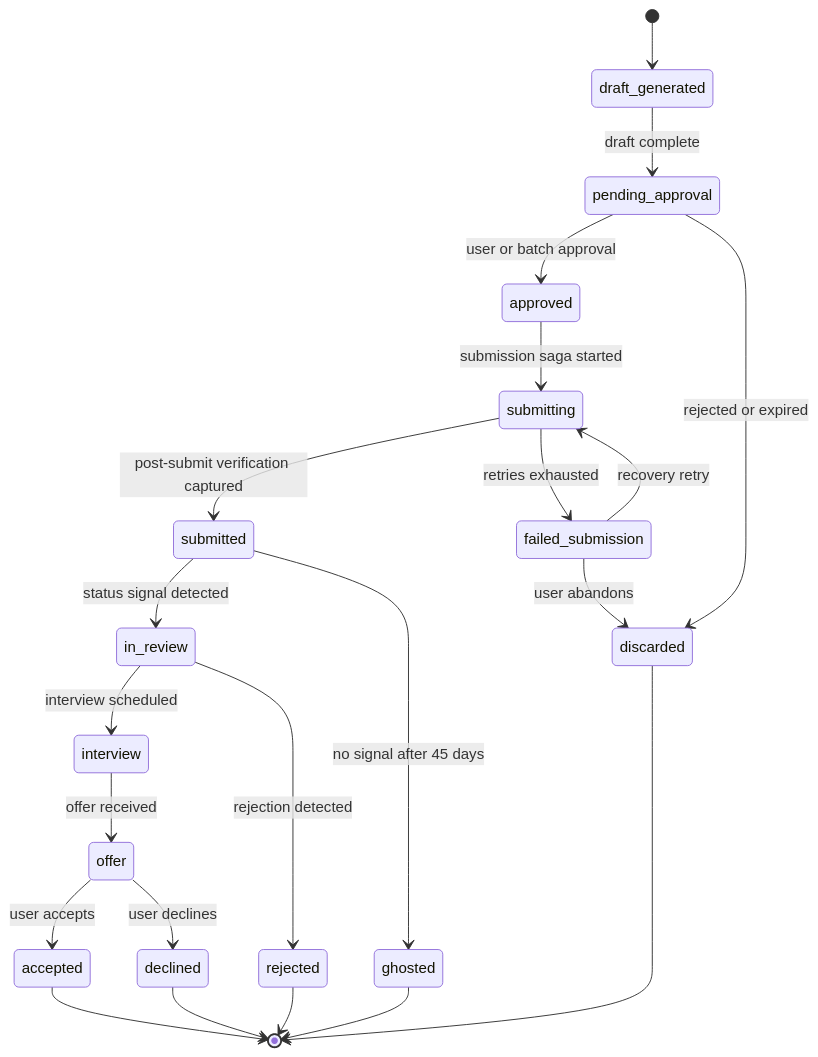
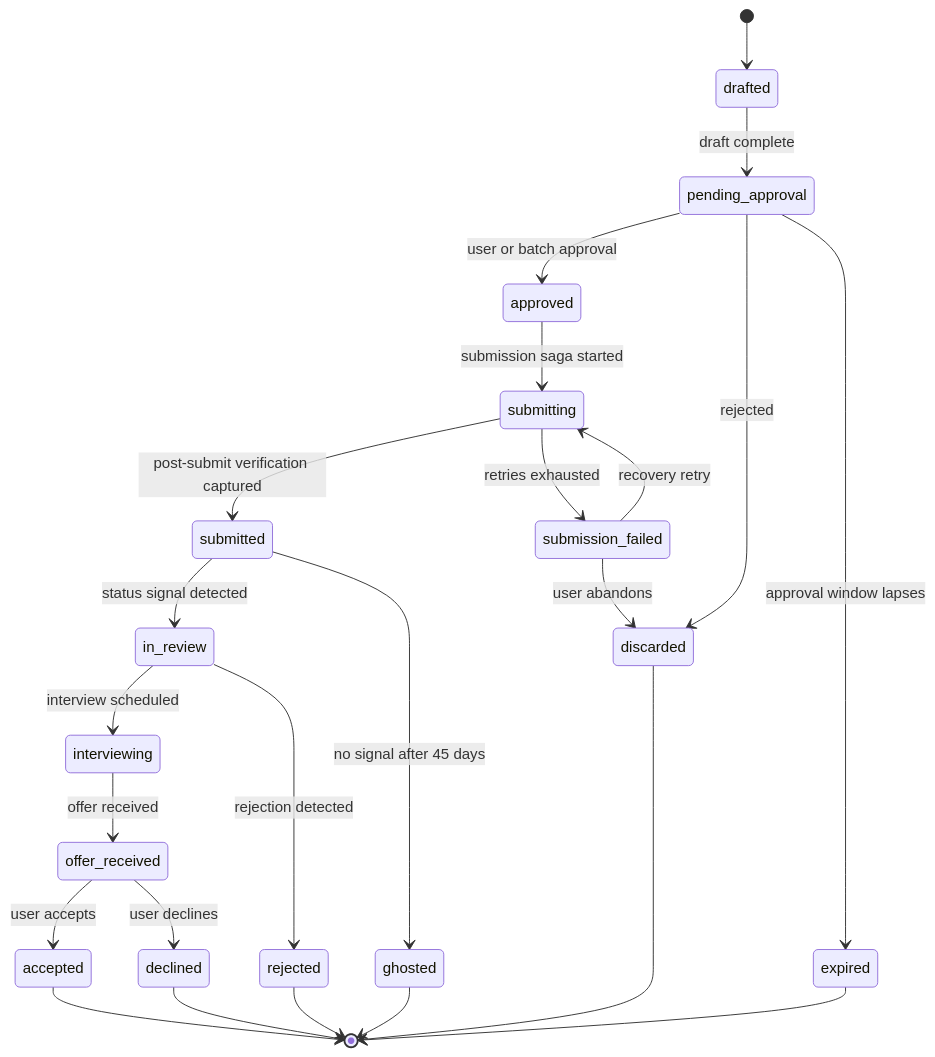
The fourth of 4 diagrams in architecture/volume-1-foundation/03-functional-requirements.md (abdallahyasser12/jober), drawn with Mermaid before and after one commit. The commit also changed other lines of this file and 9 other files, not shown here.

````diff
--- a/architecture/volume-1-foundation/03-functional-requirements.md
+++ b/architecture/volume-1-foundation/03-functional-requirements.md
@@ -371,24 +371,26 @@
 ```mermaid
 stateDiagram-v2
-  [*] --> draft_generated
-  draft_generated --> pending_approval : draft complete
+  [*] --> drafted
+  drafted --> pending_approval : draft complete
   pending_approval --> approved : user or batch approval
-  pending_approval --> discarded : rejected or expired
+  pending_approval --> discarded : rejected
+  pending_approval --> expired : approval window lapses
   approved --> submitting : submission saga started
   submitting --> submitted : post-submit verification captured
-  submitting --> failed_submission : retries exhausted
-  failed_submission --> submitting : recovery retry
-  failed_submission --> discarded : user abandons
+  submitting --> submission_failed : retries exhausted
+  submission_failed --> submitting : recovery retry
+  submission_failed --> discarded : user abandons
   submitted --> in_review : status signal detected
-  in_review --> interview : interview scheduled
+  in_review --> interviewing : interview scheduled
   in_review --> rejected : rejection detected
-  interview --> offer : offer received
-  offer --> accepted : user accepts
-  offer --> declined : user declines
+  interviewing --> offer_received : offer received
+  offer_received --> accepted : user accepts
+  offer_received --> declined : user declines
   submitted --> ghosted : no signal after 45 days
   accepted --> [*]
   rejected --> [*]
   declined --> [*]
   discarded --> [*]
+  expired --> [*]
   ghosted --> [*]
 ```
````
